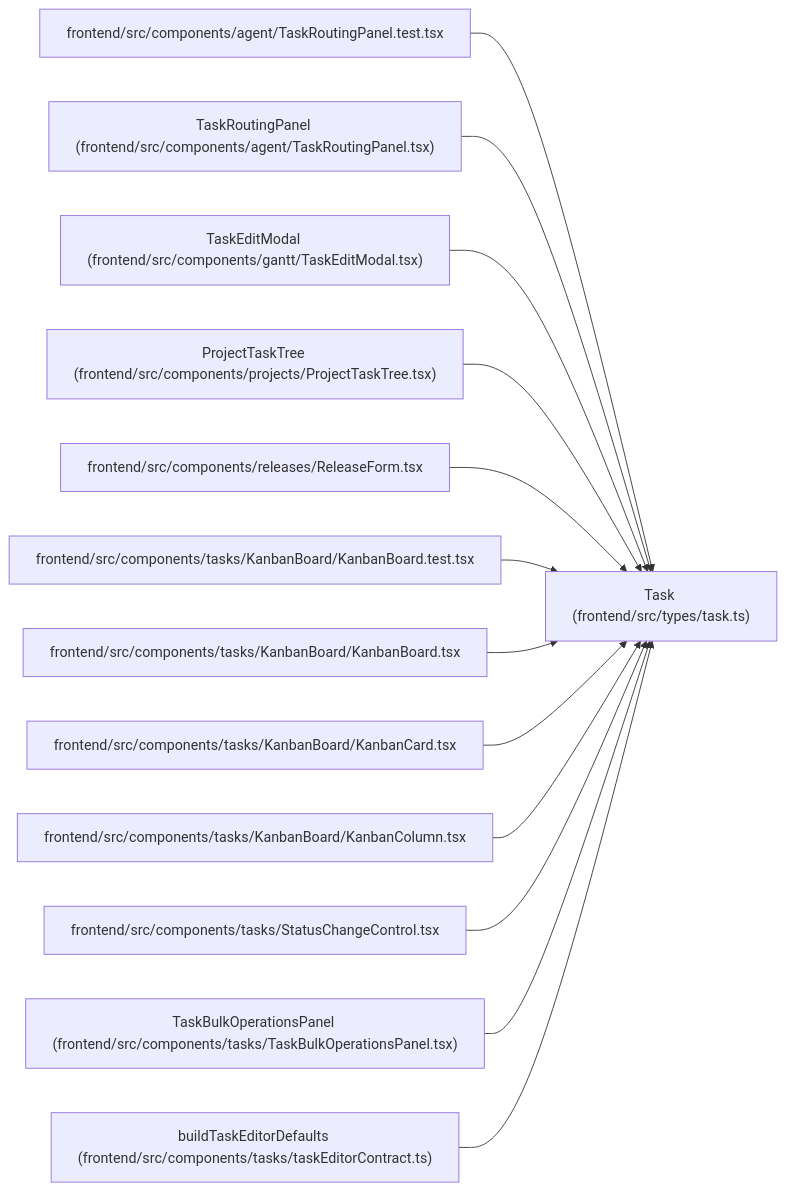
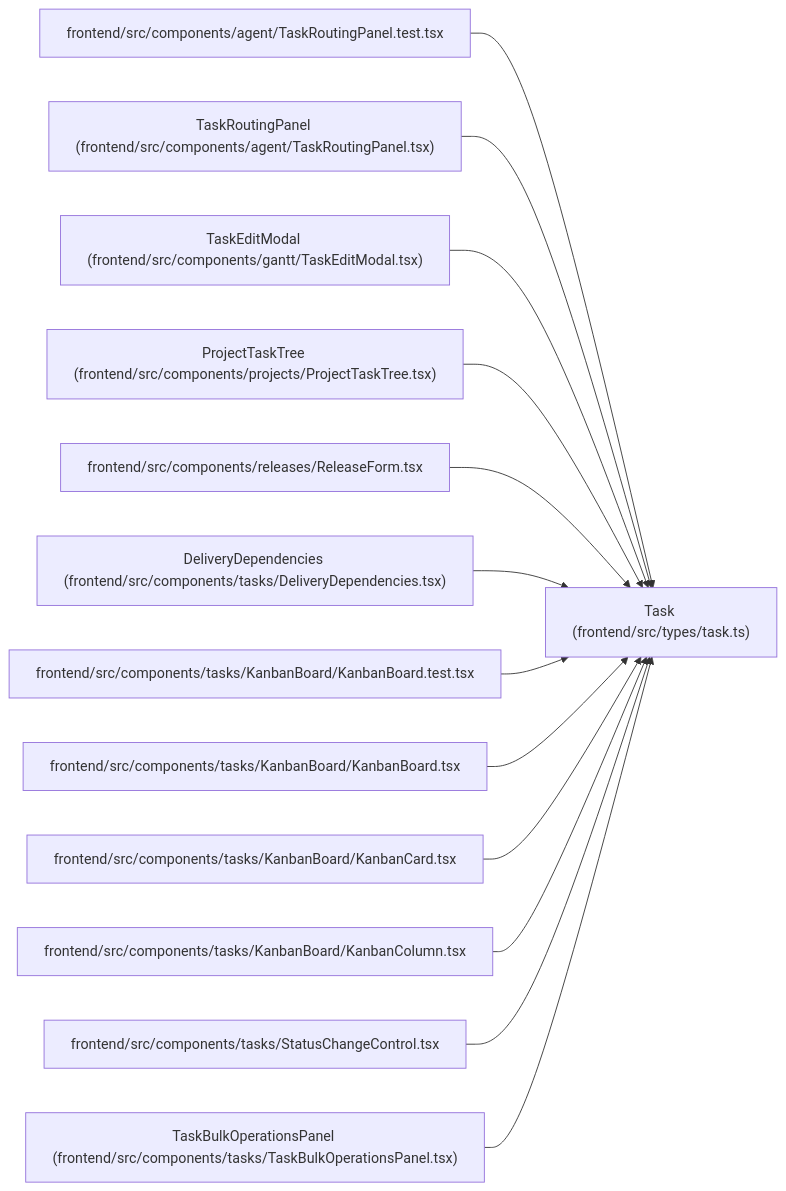
Before and after one commit to Denissvgn/WorkChord: the diagram in docs/llm_wiki/entities/types_task_Task.md, drawn with Mermaid. The commit also changed other lines of this file and 1888 other files, not shown here.

````diff
--- a/docs/llm_wiki/entities/types_task_Task.md
+++ b/docs/llm_wiki/entities/types_task_Task.md
@@ -98,41 +98,41 @@
 ```mermaid
 flowchart LR
     n0["Task (frontend/src/types/task.ts)"]
     n1["frontend/src/components/agent/TaskRoutingPanel.test.tsx"]
     n2["TaskRoutingPanel (frontend/src/components/agent/TaskRoutingPanel.tsx)"]
     n3["TaskEditModal (frontend/src/components/gantt/TaskEditModal.tsx)"]
     n4["ProjectTaskTree (frontend/src/components/projects/ProjectTaskTree.tsx)"]
     n5["frontend/src/components/releases/ReleaseForm.tsx"]
-    n6["frontend/src/components/tasks/KanbanBoard/KanbanBoard.test.tsx"]
-    n7["frontend/src/components/tasks/KanbanBoard/KanbanBoard.tsx"]
-    n8["frontend/src/components/tasks/KanbanBoard/KanbanCard.tsx"]
-    n9["frontend/src/components/tasks/KanbanBoard/KanbanColumn.tsx"]
-    n10["frontend/src/components/tasks/StatusChangeControl.tsx"]
-    n11["TaskBulkOperationsPanel (frontend/src/components/tasks/TaskBulkOperationsPanel.tsx)"]
-    n12["buildTaskEditorDefaults (frontend/src/components/tasks/taskEditorContract.ts)"]
+    n6["DeliveryDependencies (frontend/src/components/tasks/DeliveryDependencies.tsx)"]
+    n7["frontend/src/components/tasks/KanbanBoard/KanbanBoard.test.tsx"]
+    n8["frontend/src/components/tasks/KanbanBoard/KanbanBoard.tsx"]
+    n9["frontend/src/components/tasks/KanbanBoard/KanbanCard.tsx"]
+    n10["frontend/src/components/tasks/KanbanBoard/KanbanColumn.tsx"]
+    n11["frontend/src/components/tasks/StatusChangeControl.tsx"]
+    n12["TaskBulkOperationsPanel (frontend/src/components/tasks/TaskBulkOperationsPanel.tsx)"]
     n1 --> n0
     n2 --> n0
     n3 --> n0
     n4 --> n0
     n5 --> n0
     n6 --> n0
     n7 --> n0
     n8 --> n0
     n9 --> n0
     n10 --> n0
     n11 --> n0
     n12 --> n0
     click n0 "../modules/types_task.md"
     click n1 "../modules/TaskRoutingPanel.test.md"
     click n2 "../modules/TaskRoutingPanel.md"
     click n3 "../modules/TaskEditModal.md"
     click n4 "../modules/ProjectTaskTree.md"
     click n5 "../modules/ReleaseForm.md"
-    click n6 "../modules/KanbanBoard.test.md"
-    click n7 "../modules/KanbanBoard.md"
-    click n8 "../modules/KanbanCard.md"
-    click n9 "../modules/KanbanColumn.md"
-    click n10 "../modules/StatusChangeControl.md"
-    click n11 "../modules/TaskBulkOperationsPanel.md"
-    click n12 "../modules/taskEditorContract.md"
+    click n6 "../modules/DeliveryDependencies.md"
+    click n7 "../modules/KanbanBoard.test.md"
+    click n8 "../modules/KanbanBoard.md"
+    click n9 "../modules/KanbanCard.md"
+    click n10 "../modules/KanbanColumn.md"
+    click n11 "../modules/StatusChangeControl.md"
+    click n12 "../modules/TaskBulkOperationsPanel.md"
 ```
````
